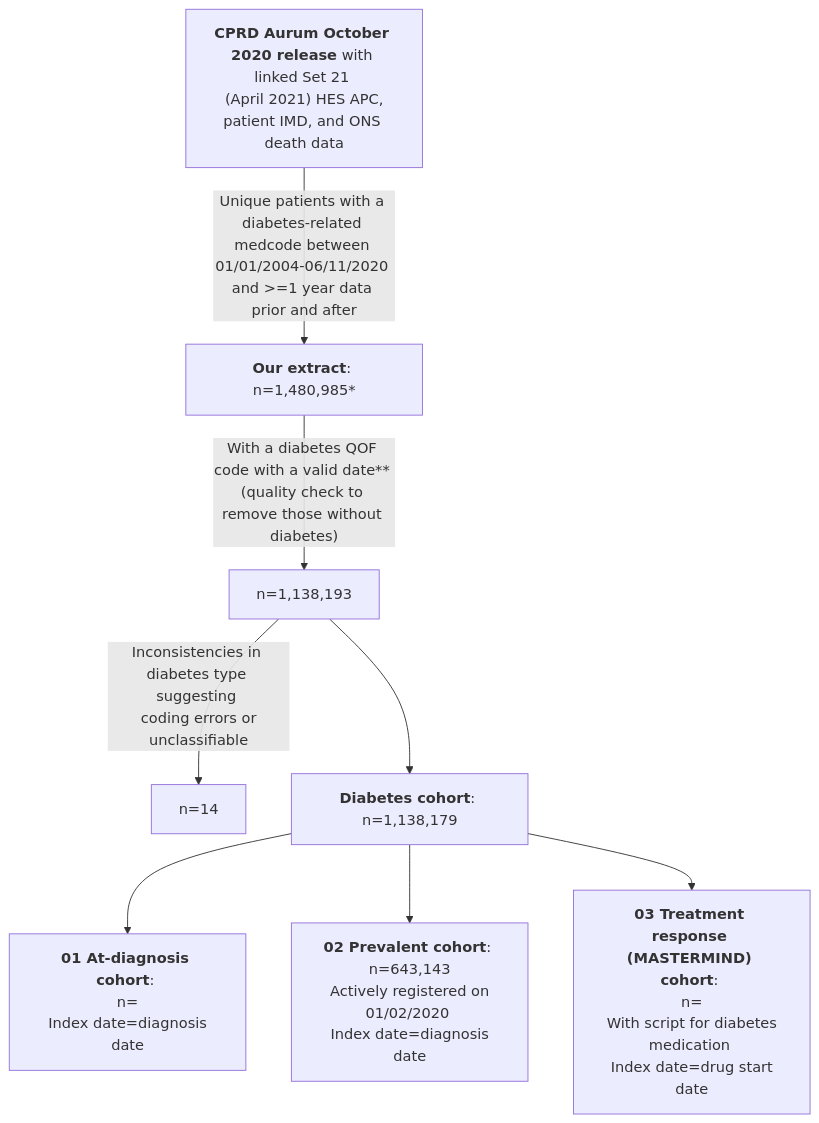
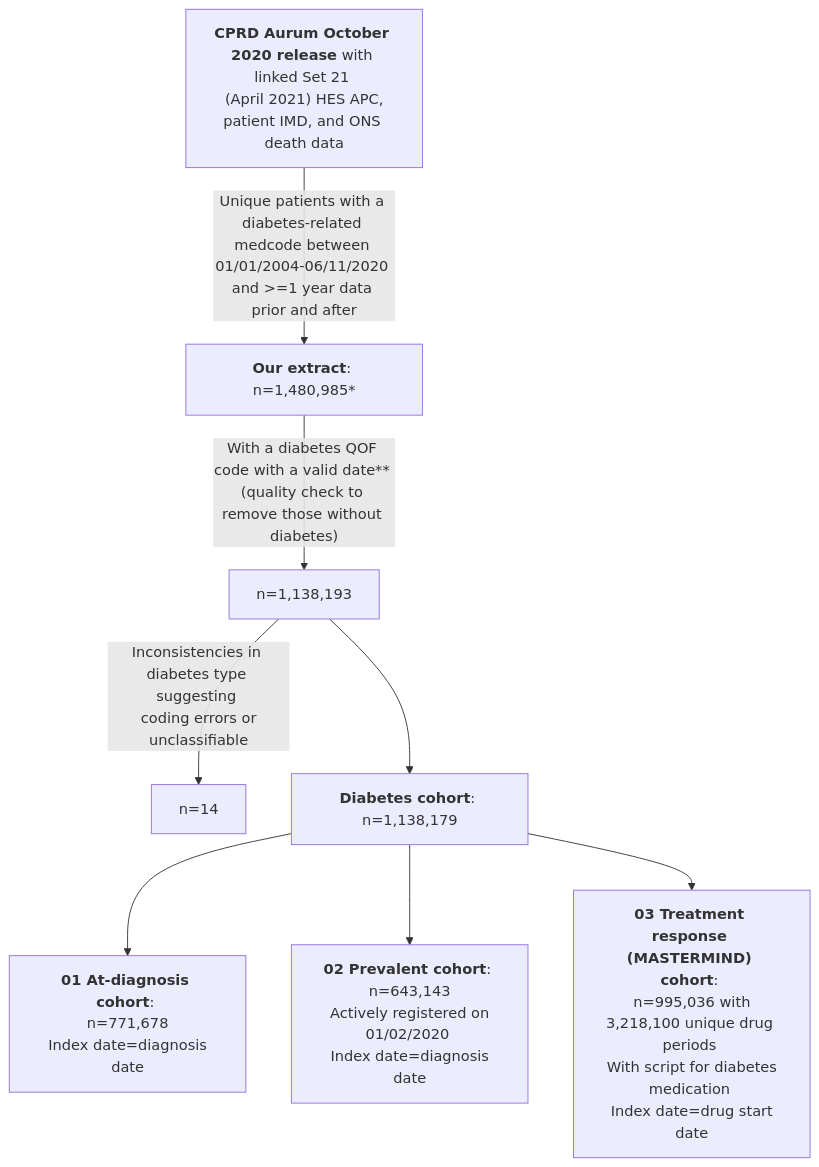
Before and after one commit to Exeter-Diabetes/CPRD-Cohort-scripts: the first of 2 diagrams in README.md, drawn with Mermaid.

````diff
--- a/README.md
+++ b/README.md
@@ -12,10 +12,10 @@
 ```mermaid
 graph TD;
     A["<b>CPRD Aurum October 2020 release</b> with linked Set 21 <br> (April 2021) HES APC, patient IMD, and ONS death data"] --> |"Unique patients with a diabetes-related medcode between 01/01/2004-06/11/2020 and >=1 year data prior and after"| B["<b>Our extract</b>: n=1,480,985*"]
     B -->|"With a diabetes QOF code with a valid date** (quality check to remove those without diabetes)"|C["n=1,138,193"]
     C --> |"Inconsistencies in diabetes type suggesting <br> coding errors or unclassifiable"|D["n=14"]
     C --> E["<b>Diabetes cohort</b>: n=1,138,179"]
-    E --> F["<b>01 At-diagnosis cohort</b>: <br> n= <br> Index date=diagnosis date"]
+    E --> F["<b>01 At-diagnosis cohort</b>: <br> n=771,678 <br> Index date=diagnosis date"]
     E --> G["<b>02 Prevalent cohort</b>: <br> n=643,143 <br> Actively registered on 01/02/2020 <br> Index date=diagnosis date"]
-    E --> H["<b>03 Treatment response (MASTERMIND) cohort</b>: <br> n= <br> With script for diabetes medication <br> Index date=drug start date"]
+    E --> H["<b>03 Treatment response (MASTERMIND) cohort</b>: <br> n=995,036 with 3,218,100 unique drug periods <br> With script for diabetes medication <br> Index date=drug start date"]
 ```
````
